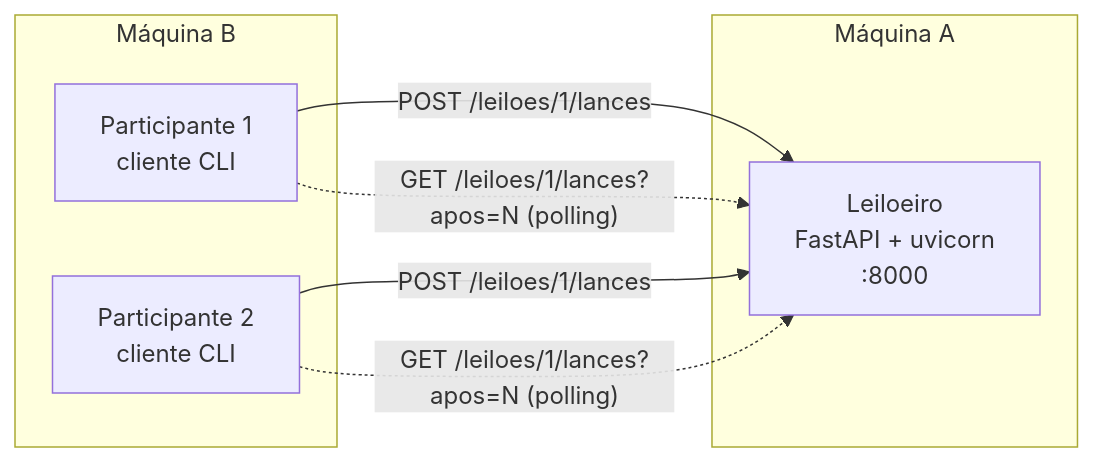
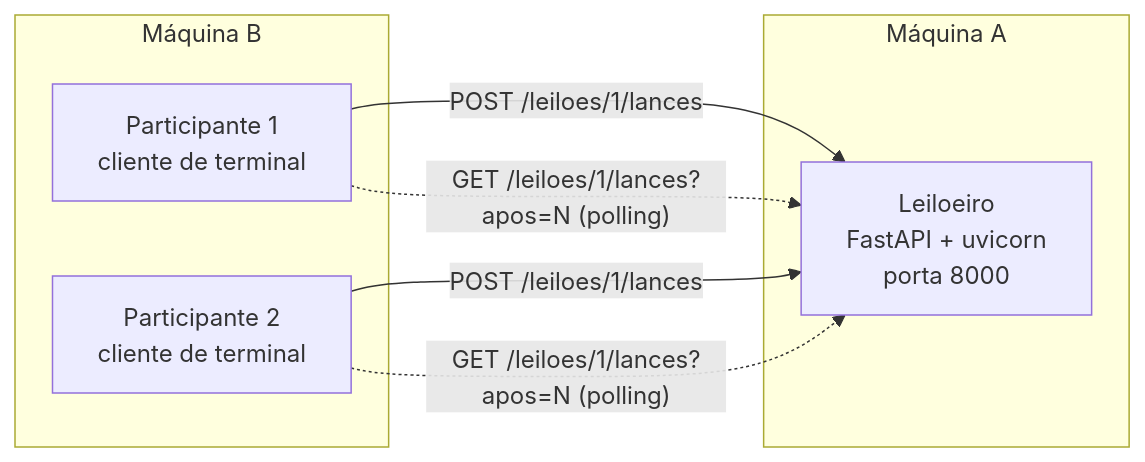
The diagram in README.md (emilitabuti/rest), drawn with Mermaid before and after one commit. The commit also changed other lines of this file and 3 other files, not shown here.

````diff
--- a/README.md
+++ b/README.md
@@ -67,14 +72,14 @@
 ```mermaid
 flowchart LR
     subgraph M1["Máquina A"]
-        L["Leiloeiro<br/>FastAPI + uvicorn<br/>:8000"]
+        L["Leiloeiro<br/>FastAPI + uvicorn<br/>porta 8000"]
     end
     subgraph M2["Máquina B"]
-        P1["Participante 1<br/>cliente CLI"]
-        P2["Participante 2<br/>cliente CLI"]
+        P1["Participante 1<br/>cliente de terminal"]
+        P2["Participante 2<br/>cliente de terminal"]
     end
     P1 -- "POST /leiloes/1/lances" --> L
     P2 -- "POST /leiloes/1/lances" --> L
     P1 -. "GET /leiloes/1/lances?apos=N (polling)" .-> L
     P2 -. "GET /leiloes/1/lances?apos=N (polling)" .-> L
 ```
````
